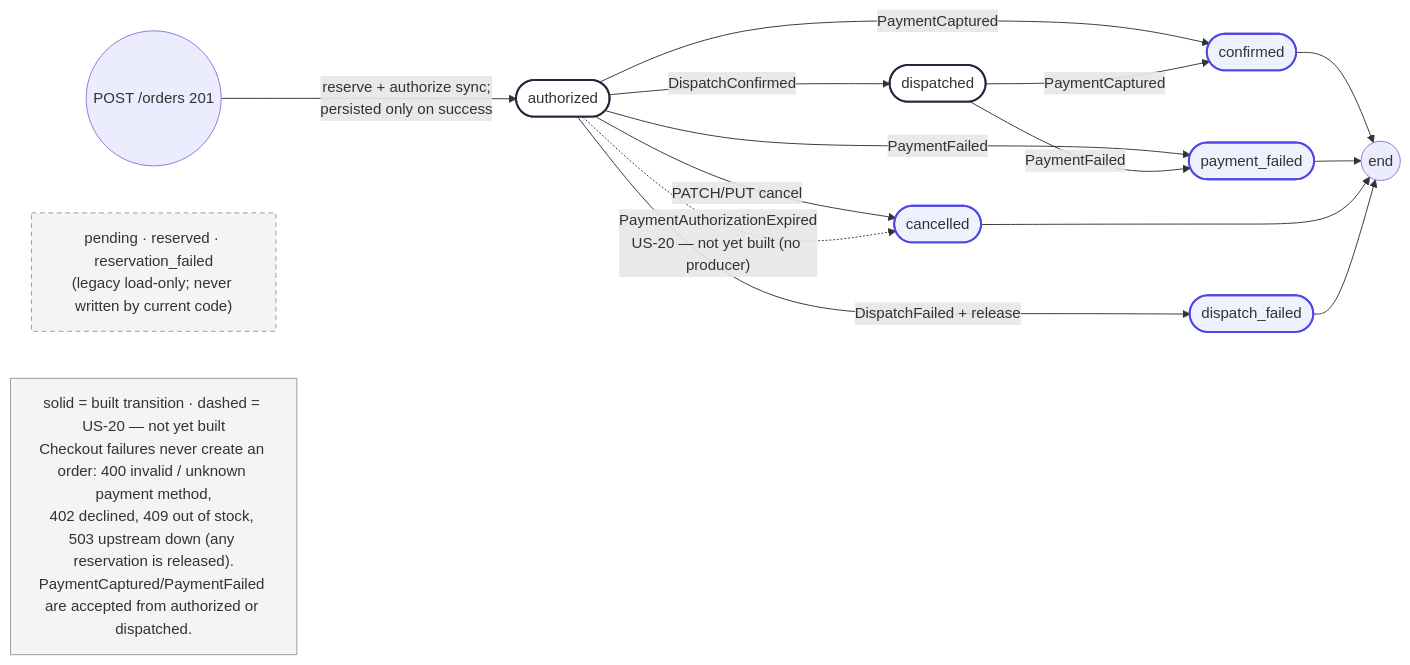
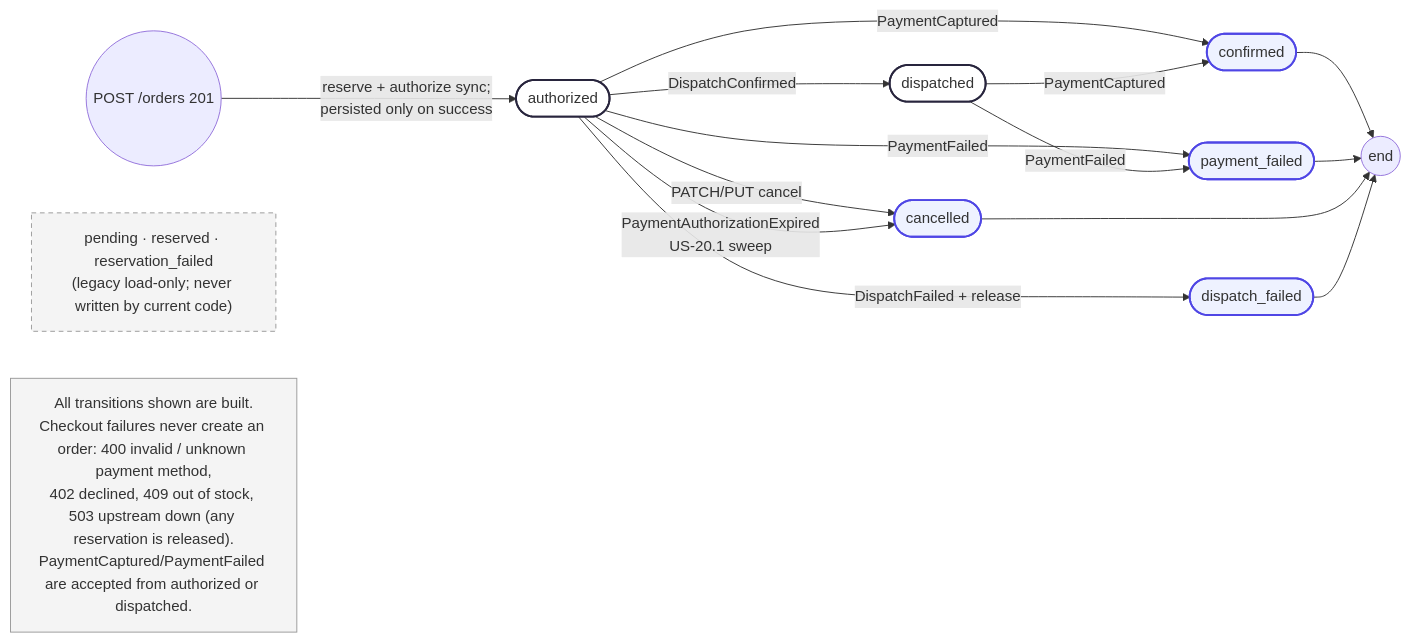
One commit to beckfordp/gluon changed the diagram in docs/diagrams/order-state-model.mmd. Above: the diagram before and after it, drawn with Mermaid. The commit also changed 15 other files, not shown here.

```diff
--- a/docs/diagrams/order-state-model.mmd
+++ b/docs/diagrams/order-state-model.mmd
@@ -1,37 +1,37 @@
 flowchart LR
     START(("POST /orders 201"))
     AUTHORIZED(["authorized"])
     DISPATCHED(["dispatched"])
     CONFIRMED(["confirmed"])
     PAYMENT_FAILED(["payment_failed"])
     CANCELLED(["cancelled"])
     DISPATCH_FAILED(["dispatch_failed"])
     END(("end"))
 
     START -->|"reserve + authorize sync;<br/>persisted only on success"| AUTHORIZED
 
     AUTHORIZED -->|"DispatchConfirmed"| DISPATCHED
     AUTHORIZED -->|"PaymentCaptured"| CONFIRMED
     DISPATCHED -->|"PaymentCaptured"| CONFIRMED
     AUTHORIZED -->|"PaymentFailed"| PAYMENT_FAILED
     DISPATCHED -->|"PaymentFailed"| PAYMENT_FAILED
     AUTHORIZED -->|"DispatchFailed + release"| DISPATCH_FAILED
     AUTHORIZED -->|"PATCH/PUT cancel"| CANCELLED
-    AUTHORIZED -.->|"PaymentAuthorizationExpired<br/>US-20 — not yet built (no producer)"| CANCELLED
+    AUTHORIZED -->|"PaymentAuthorizationExpired<br/>US-20.1 sweep"| CANCELLED
 
     CONFIRMED --> END
     PAYMENT_FAILED --> END
     CANCELLED --> END
     DISPATCH_FAILED --> END
 
     LEGACY["pending · reserved · reservation_failed<br/>(legacy load-only; never written by current code)"]
-    NOTE["solid = built transition · dashed = US-20 — not yet built<br/>Checkout failures never create an order: 400 invalid / unknown payment method,<br/>402 declined, 409 out of stock, 503 upstream down (any reservation is released).<br/>PaymentCaptured/PaymentFailed are accepted from authorized or dispatched."]
+    NOTE["All transitions shown are built.<br/>Checkout failures never create an order: 400 invalid / unknown payment method,<br/>402 declined, 409 out of stock, 503 upstream down (any reservation is released).<br/>PaymentCaptured/PaymentFailed are accepted from authorized or dispatched."]
 
     classDef built fill:#ffffff,stroke:#28253D,stroke-width:2px
     classDef terminal fill:#eef2ff,stroke:#4f46e5,stroke-width:2px
     classDef legacy fill:#f4f4f4,stroke:#999999,stroke-dasharray:5 4
     classDef note fill:#f4f4f4,stroke:#999999
     class AUTHORIZED,DISPATCHED built
     class CONFIRMED,PAYMENT_FAILED,CANCELLED,DISPATCH_FAILED terminal
     class LEGACY legacy
     class NOTE note
```
